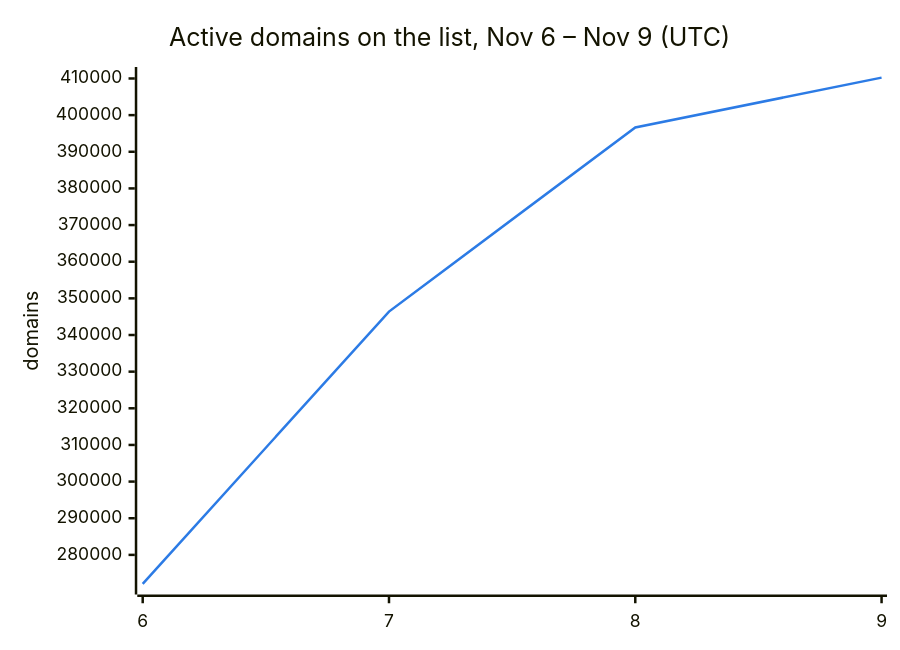
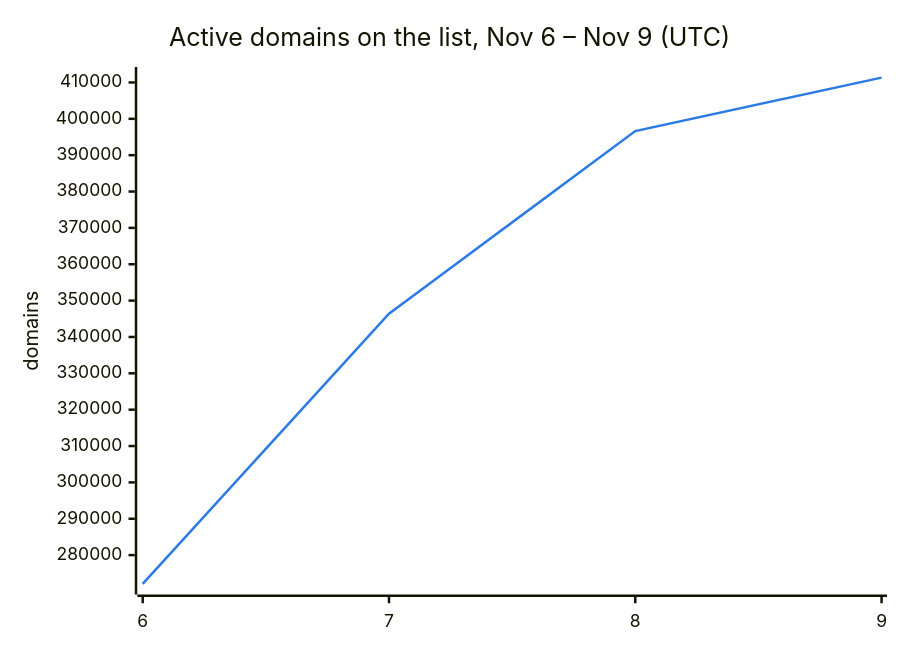
One commit to DNSBunker/CTI changed the second of 3 diagrams in README.md. Above: the diagram before and after it, drawn with Mermaid. The commit also changed other lines of this file and 3 other files, not shown here.

````diff
--- a/README.md
+++ b/README.md
@@ -38,8 +38,8 @@
 ```mermaid
 %%{init: {"themeVariables": {"xyChart": {"plotColorPalette": "#2c7be5"}}}}%%
 xychart-beta
     title "Active domains on the list, Nov 6 – Nov 9 (UTC)"
     x-axis ["6", "7", "8", "9"]
     y-axis "domains"
-    line [272088, 346388, 396638, 410233]
+    line [272088, 346388, 396638, 411330]
 ```
````
